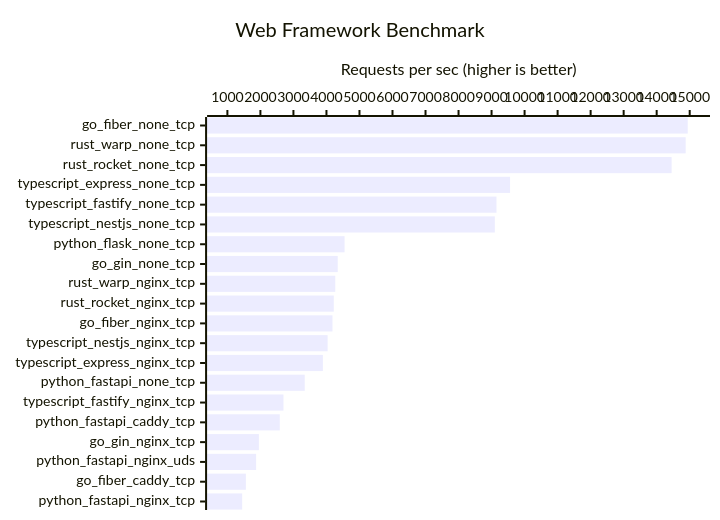
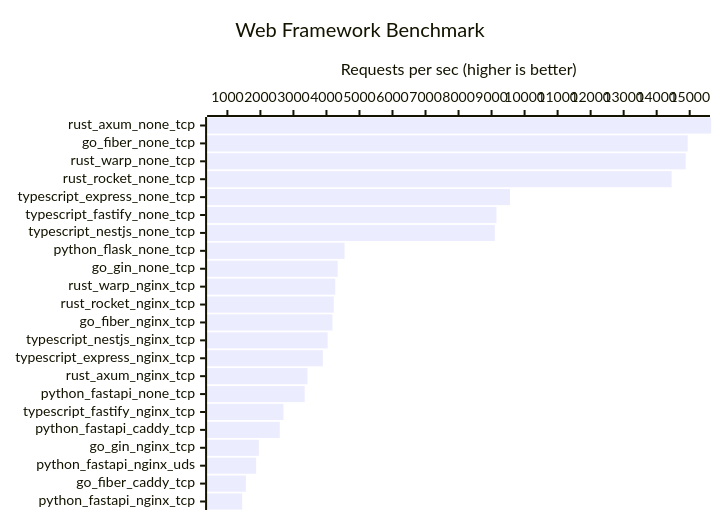
Before and after one commit to gsy0911/zenn-web-framework-comparison: the diagram in README.md, drawn with Mermaid. The commit also changed 2 other files, not shown here.

Commit message:
update axum

````diff
--- a/README.md
+++ b/README.md
@@ -7,7 +7,7 @@
 ```mermaid
 xychart-beta horizontal
     title "Web Framework Benchmark"
-    x-axis [go_fiber_none_tcp, rust_warp_none_tcp, rust_rocket_none_tcp, typescript_express_none_tcp, typescript_fastify_none_tcp, typescript_nestjs_none_tcp, python_flask_none_tcp, go_gin_none_tcp, rust_warp_nginx_tcp, rust_rocket_nginx_tcp, go_fiber_nginx_tcp, typescript_nestjs_nginx_tcp, typescript_express_nginx_tcp, python_fastapi_none_tcp, typescript_fastify_nginx_tcp, python_fastapi_caddy_tcp, go_gin_nginx_tcp, python_fastapi_nginx_uds, go_fiber_caddy_tcp, python_fastapi_nginx_tcp]
+    x-axis [rust_axum_none_tcp, go_fiber_none_tcp, rust_warp_none_tcp, rust_rocket_none_tcp, typescript_express_none_tcp, typescript_fastify_none_tcp, typescript_nestjs_none_tcp, python_flask_none_tcp, go_gin_none_tcp, rust_warp_nginx_tcp, rust_rocket_nginx_tcp, go_fiber_nginx_tcp, typescript_nestjs_nginx_tcp, typescript_express_nginx_tcp, rust_axum_nginx_tcp, python_fastapi_none_tcp, typescript_fastify_nginx_tcp, python_fastapi_caddy_tcp, go_gin_nginx_tcp, python_fastapi_nginx_uds, go_fiber_caddy_tcp, python_fastapi_nginx_tcp]
     y-axis "Requests per sec (higher is better)" 1000 --> 15000
-    bar [14941, 14878, 14452, 9561, 9149, 9098, 4548, 4342, 4267, 4222, 4182, 4035, 3892, 3342, 2698, 2587, 1954, 1870, 1560, 1448]
+    bar [15650, 14941, 14878, 14452, 9561, 9149, 9098, 4548, 4342, 4267, 4222, 4182, 4035, 3892, 3426, 3342, 2698, 2587, 1954, 1870, 1560, 1448]
 ```
````
